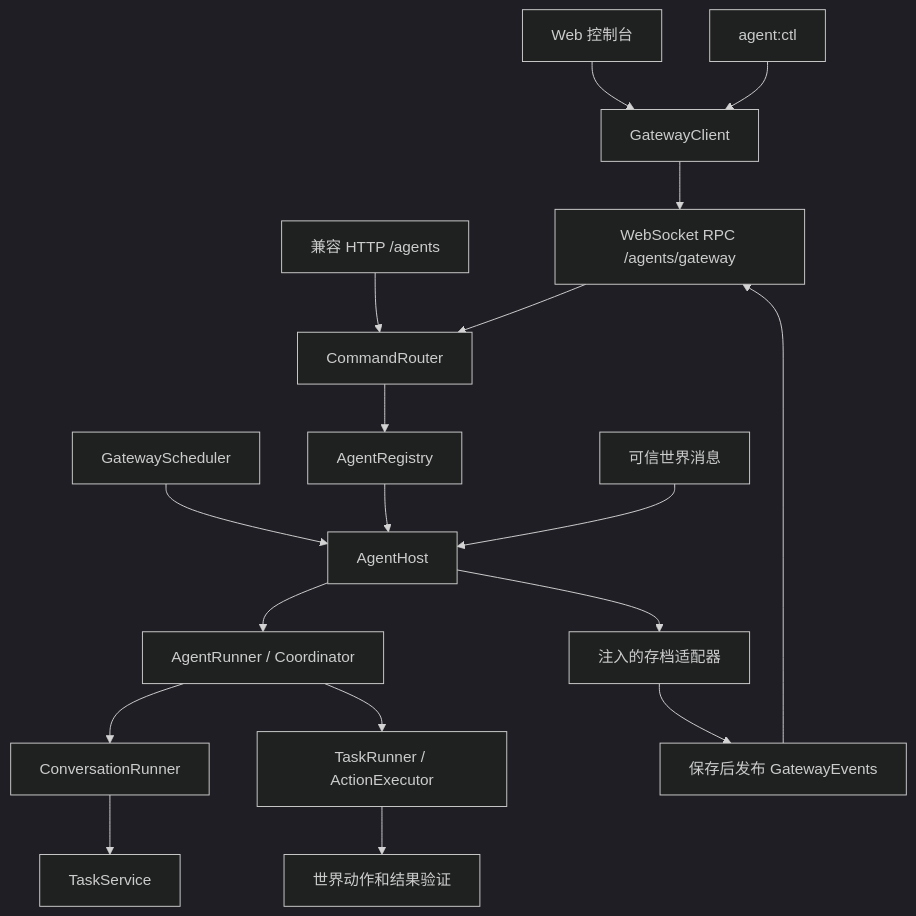
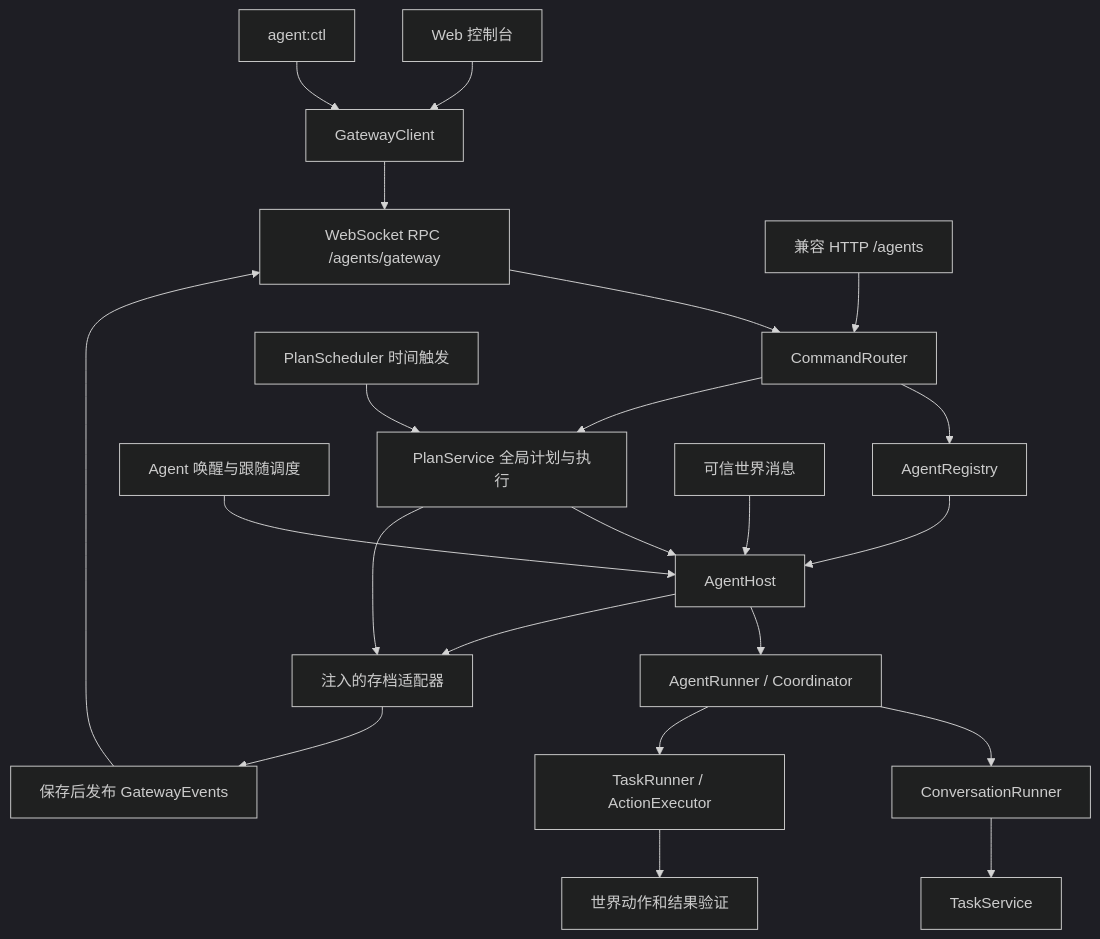
Before and after one commit to lulabs-org/agent-voxel-world: the diagram in docs/AGENT_GATEWAY.md, drawn with Mermaid (dark theme). The commit also changed other lines of this file and 61 other files, not shown here.

Commit message:
feat: add agent task plans and scheduling service with UI integration

````diff
--- a/docs/AGENT_GATEWAY.md
+++ b/docs/AGENT_GATEWAY.md
@@ -5,20 +5,24 @@
 ```mermaid
 flowchart TD
   Web[Web 控制台] --> Client[GatewayClient]
   CLI[agent:ctl] --> Client
   Client --> RPC[WebSocket RPC /agents/gateway]
   HTTP[兼容 HTTP /agents] --> Router[CommandRouter]
   RPC --> Router
   Router --> Registry[AgentRegistry]
-  Scheduler[GatewayScheduler] --> Host[AgentHost]
+  Scheduler[Agent 唤醒与跟随调度] --> Host[AgentHost]
+  Router --> Plans[PlanService 全局计划与执行]
+  Timer[PlanScheduler 时间触发] --> Plans
+  Plans --> Host
+  Plans --> Archive
   Registry --> Host
   Host --> Runner[AgentRunner / Coordinator]
   Player[可信世界消息] --> Host
   Runner --> Conversation[ConversationRunner]
   Runner --> Task[TaskRunner / ActionExecutor]
   Conversation --> Rules[TaskService]
   Task --> World[世界动作和结果验证]
   Host --> Archive[注入的存档适配器]
   Archive --> Events[保存后发布 GatewayEvents]
   Events --> RPC
 ```
````
